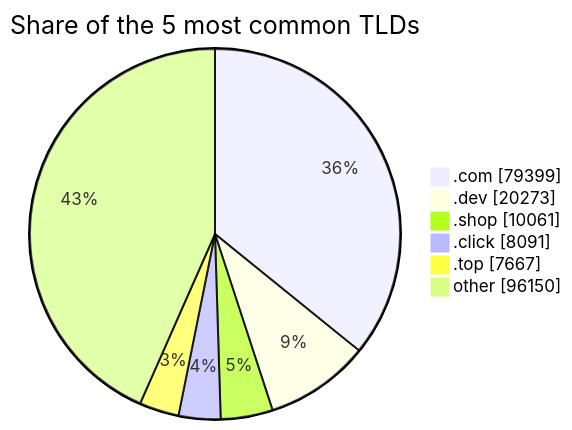
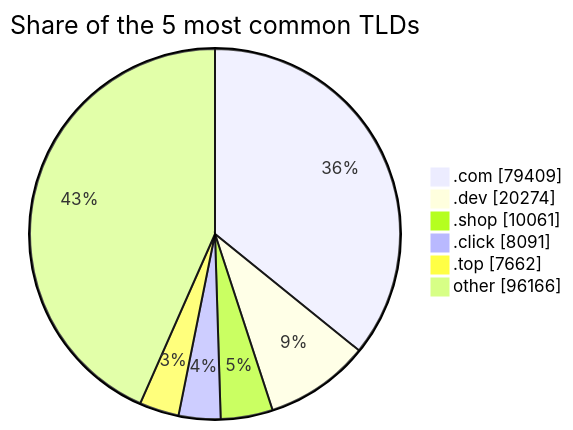
Before and after one commit to DNSBunker/CTI: the third of 3 diagrams in README.md, drawn with Mermaid. The commit also changed other lines of this file and 3 other files, not shown here.

````diff
--- a/README.md
+++ b/README.md
@@ -81,9 +81,9 @@
 ```mermaid
 pie showData title Share of the 5 most common TLDs
-    ".com" : 79399
-    ".dev" : 20273
+    ".com" : 79409
+    ".dev" : 20274
     ".shop" : 10061
     ".click" : 8091
-    ".top" : 7667
-    "other" : 96150
+    ".top" : 7662
+    "other" : 96166
 ```
````
